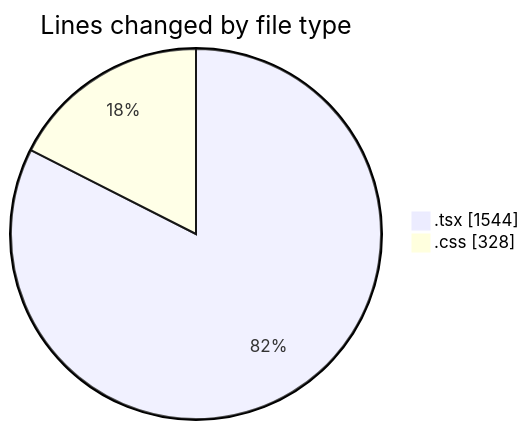
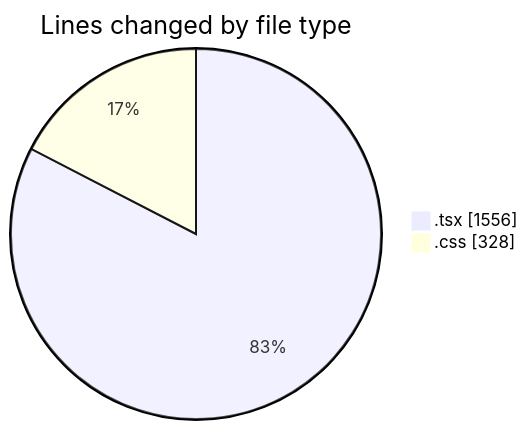
Before and after one commit to julien-gomy/code-tracking: the first of 2 diagrams in 2025-10-10/eventscop-frontend-guide__workspace_/README.md, drawn with Mermaid. The commit also changed other lines of this file and 1 other file, not shown here.

````diff
--- a/2025-10-10/eventscop-frontend-guide__workspace_/README.md
+++ b/2025-10-10/eventscop-frontend-guide__workspace_/README.md
@@ -25,6 +25,6 @@
 ```mermaid
 pie showData
 title Lines changed by file type
-".tsx" : 1544
+".tsx" : 1556
 ".css" : 328
 ```
````
